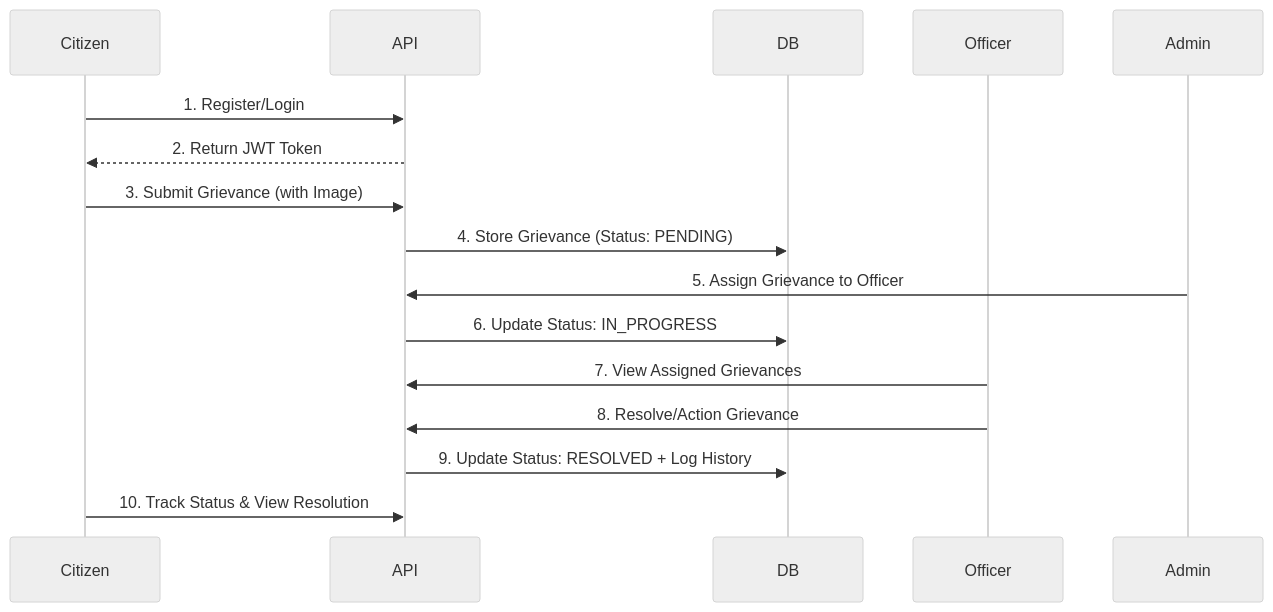
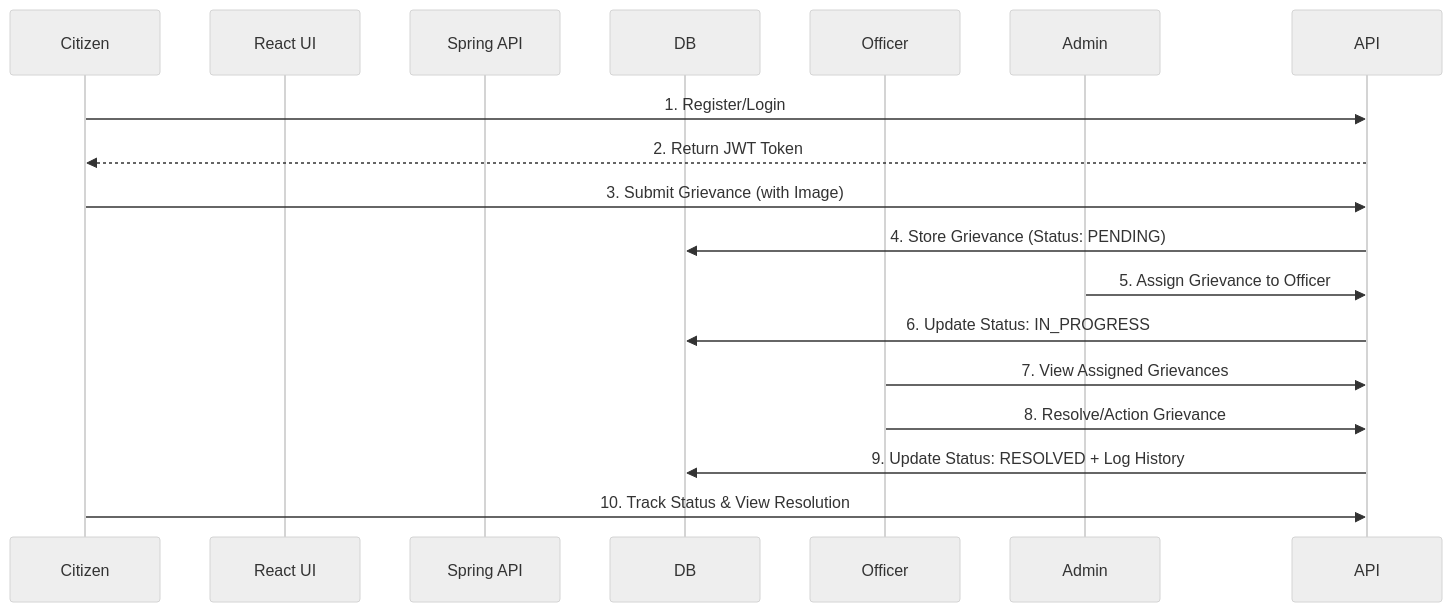
The diagram in README.md (Aks056/ResolveDesk-Smart-Grievance-System), drawn with Mermaid (neutral theme) before and after one commit. The commit also changed other lines of this file, not shown here.

Commit message:
docs: update README with new decoupled architecture schema and sequence diagram

````diff
--- a/README.md
+++ b/README.md
@@ -17,19 +17,20 @@
 ```mermaid
 sequenceDiagram
     participant Citizen
-    participant API
+    participant React UI
+    participant Spring API
     participant DB
     participant Officer
     participant Admin
 
     Citizen->>API: 1. Register/Login
     API-->>Citizen: 2. Return JWT Token
     Citizen->>API: 3. Submit Grievance (with Image)
     API->>DB: 4. Store Grievance (Status: PENDING)
     Admin->>API: 5. Assign Grievance to Officer
     API->>DB: 6. Update Status: IN_PROGRESS
     Officer->>API: 7. View Assigned Grievances
     Officer->>API: 8. Resolve/Action Grievance
     API->>DB: 9. Update Status: RESOLVED + Log History
     Citizen->>API: 10. Track Status & View Resolution
 ```
````
